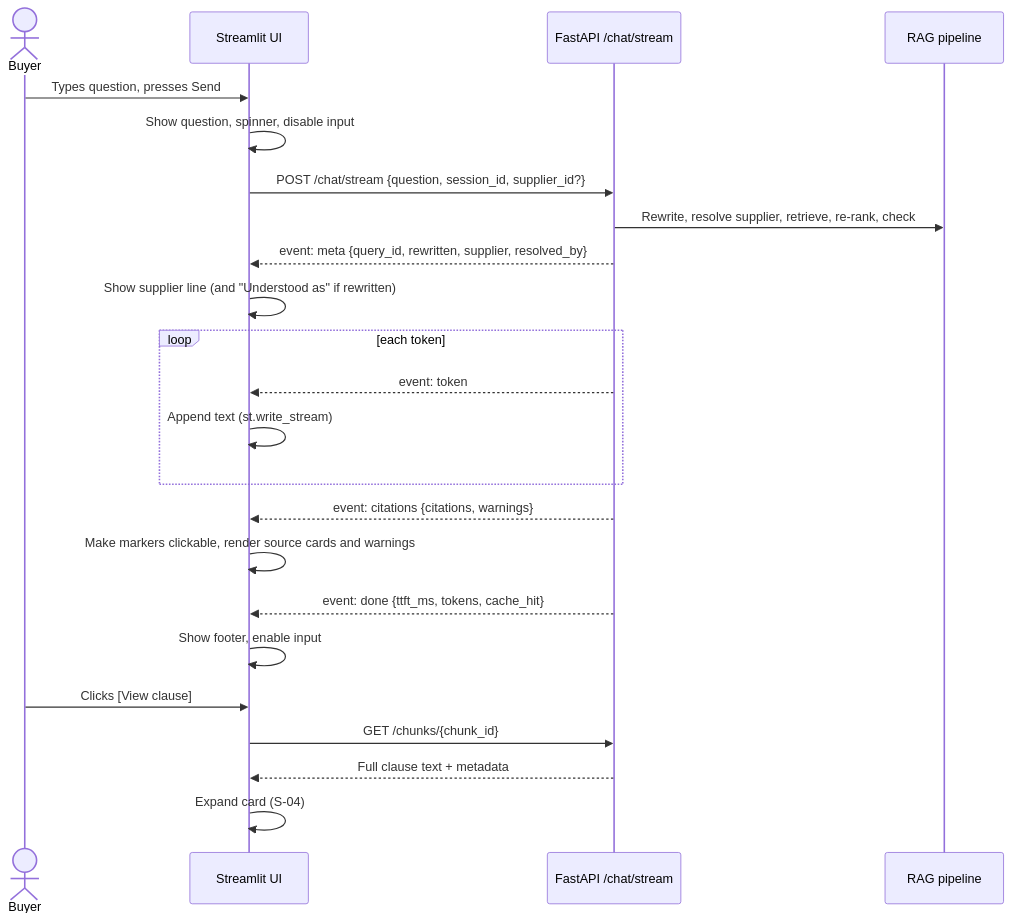
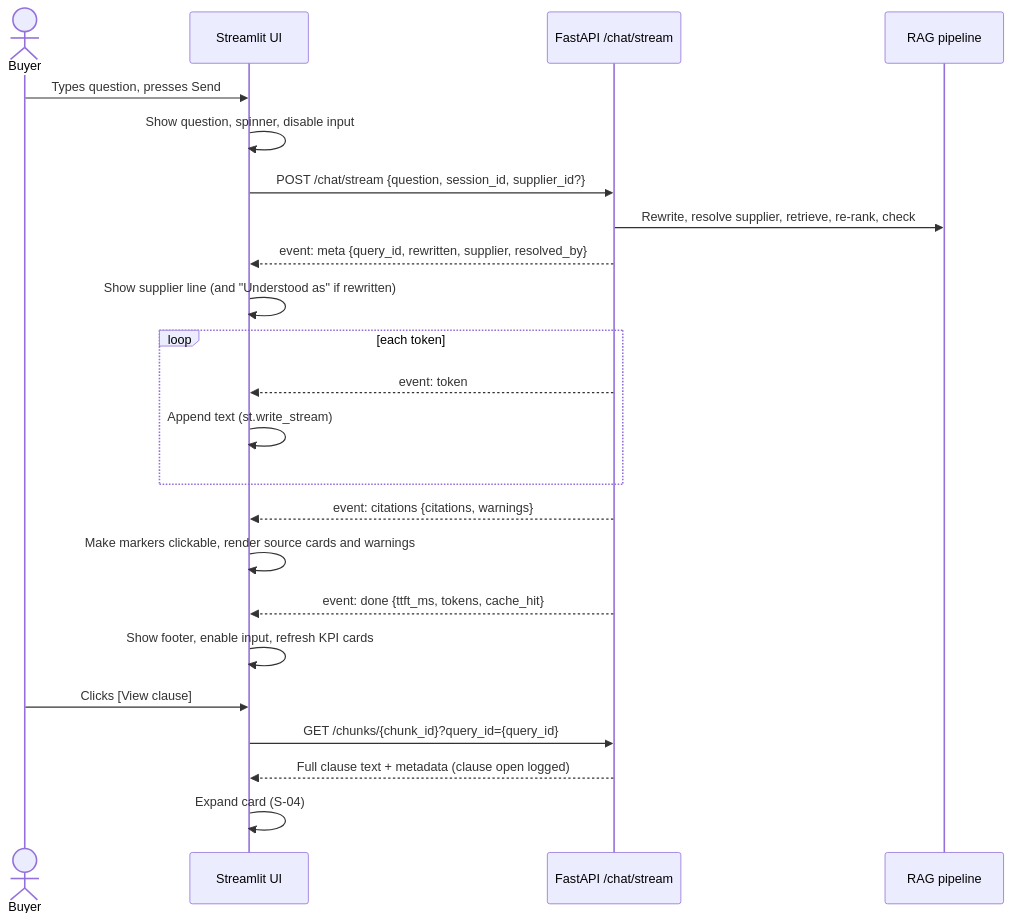
Before and after one commit to kalviumcommunity/S66-0926-DY-RAG-ClauseCheck: the third of 8 diagrams in docs/ux/mock-ux.md, drawn with Mermaid. The commit also changed other lines of this file and 6 other files, not shown here.

````diff
--- a/docs/ux/mock-ux.md
+++ b/docs/ux/mock-ux.md
@@ -664,26 +856,26 @@
 ```mermaid
 sequenceDiagram
     actor U as Buyer
     participant UI as Streamlit UI
     participant API as FastAPI /chat/stream
     participant RAG as RAG pipeline
 
     U->>UI: Types question, presses Send
     UI->>UI: Show question, spinner, disable input
     UI->>API: POST /chat/stream {question, session_id, supplier_id?}
     API->>RAG: Rewrite, resolve supplier, retrieve, re-rank, check
     API-->>UI: event: meta {query_id, rewritten, supplier, resolved_by}
     UI->>UI: Show supplier line (and "Understood as" if rewritten)
     loop each token
         API-->>UI: event: token
         UI->>UI: Append text (st.write_stream)
     end
     API-->>UI: event: citations {citations, warnings}
     UI->>UI: Make markers clickable, render source cards and warnings
     API-->>UI: event: done {ttft_ms, tokens, cache_hit}
-    UI->>UI: Show footer, enable input
+    UI->>UI: Show footer, enable input, refresh KPI cards
     U->>UI: Clicks [View clause]
-    UI->>API: GET /chunks/{chunk_id}
-    API-->>UI: Full clause text + metadata
+    UI->>API: GET /chunks/{chunk_id}?query_id={query_id}
+    API-->>UI: Full clause text + metadata (clause open logged)
     UI->>UI: Expand card (S-04)
 ```
````
